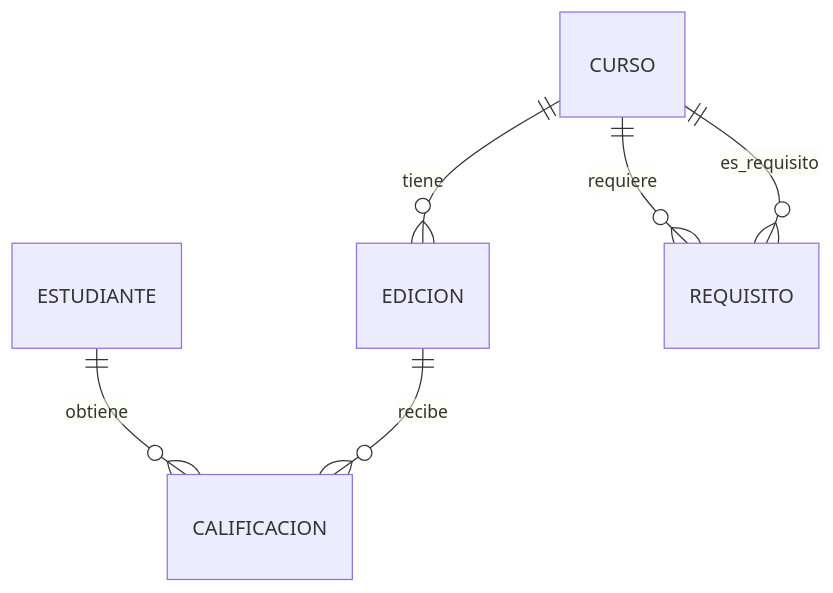
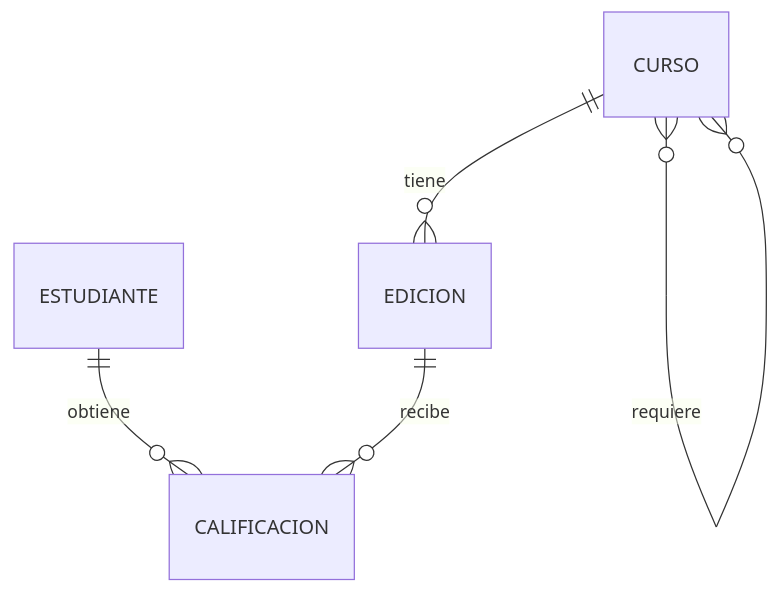
One commit to bd-uex/bd-contenidos changed the second of 4 diagrams in T01 - Fundamentos.md. Above: the diagram before and after it, drawn with Mermaid. The commit also changed other lines of this file and 2 other files, not shown here.

````diff
--- a/T01 - Fundamentos.md
+++ b/T01 - Fundamentos.md
@@ -154,15 +161,14 @@
 ```mermaid
 erDiagram
         
     %% Relaciones principales
     CURSO ||--o{ EDICION : "tiene"
+    CURSO }o--o{ CURSO : "requiere"
     
     %% Relación muchos a muchos entre ESTUDIANTE y EDICION a través de CALIFICACION
     ESTUDIANTE ||--o{ CALIFICACION : "obtiene"
     EDICION ||--o{ CALIFICACION : "recibe"
     
-    %% Relación muchos a muchos entre CURSO y CURSO (prerrequisitos) a través de REQUISITO
-    CURSO ||--o{ REQUISITO : "requiere"
-    CURSO ||--o{ REQUISITO : "es_requisito"
+    
     
 ```
````
